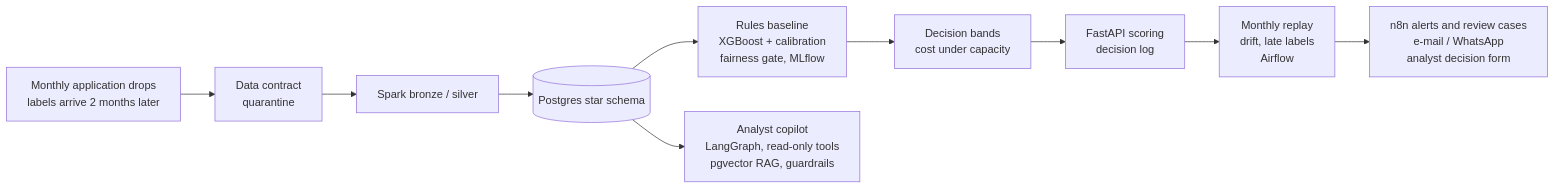
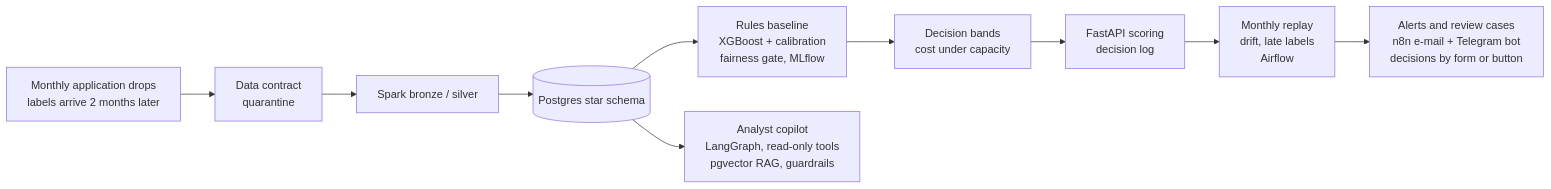
The diagram in README.md (Agathahah/sigap), drawn with Mermaid before and after one commit. The commit also changed other lines of this file and 18 other files, not shown here.

Commit message:
Phase 11: Telegram channel with per-channel alert receipts, review decisions by button and copilot chat

````diff
--- a/README.md
+++ b/README.md
@@ -14,12 +14,12 @@
 ```mermaid
 flowchart LR
   A[Monthly application drops<br/>labels arrive 2 months later] --> B[Data contract<br/>quarantine]
   B --> C[Spark bronze / silver]
   C --> D[(Postgres star schema)]
   D --> E[Rules baseline<br/>XGBoost + calibration<br/>fairness gate, MLflow]
   E --> F[Decision bands<br/>cost under capacity]
   F --> G[FastAPI scoring<br/>decision log]
   G --> H[Monthly replay<br/>drift, late labels<br/>Airflow]
-  H --> I[n8n alerts and review cases<br/>e-mail / WhatsApp<br/>analyst decision form]
+  H --> I[Alerts and review cases<br/>n8n e-mail + Telegram bot<br/>decisions by form or button]
   D --> J[Analyst copilot<br/>LangGraph, read-only tools<br/>pgvector RAG, guardrails]
 ```
````
